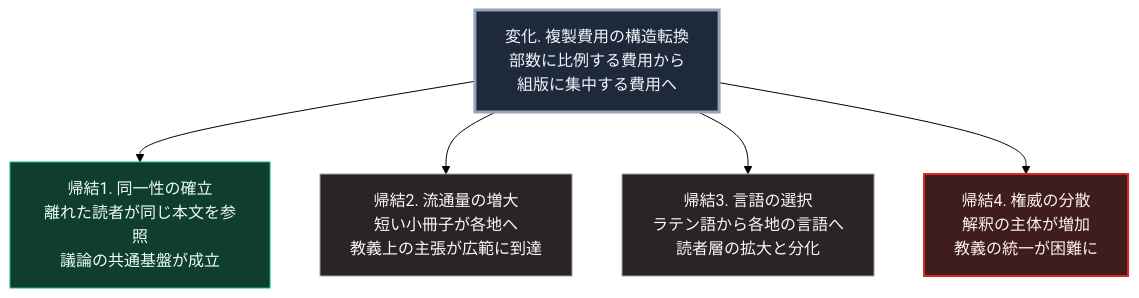
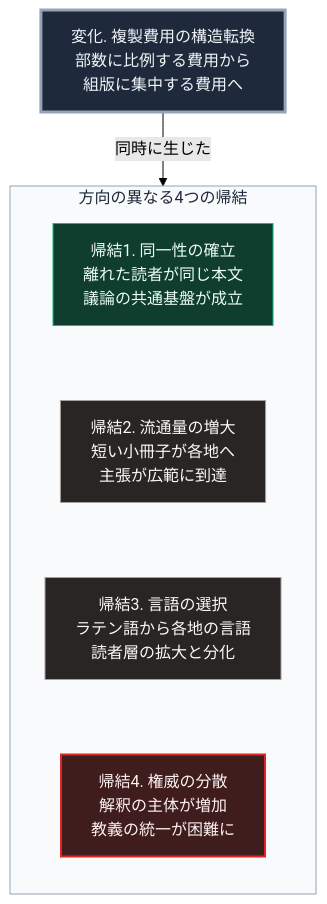
Before and after one commit to Takenori-Kusaka/zenn-content: the diagram in books/sovereign-resilience-blueprint/12_printing-press-religious-reformation.md, drawn with Mermaid (forest theme). The commit also changed other lines of this file and 114 other files, not shown here.

````diff
--- a/books/sovereign-resilience-blueprint/12_printing-press-religious-reformation.md
+++ b/books/sovereign-resilience-blueprint/12_printing-press-religious-reformation.md
@@ -63,14 +63,18 @@
 ```mermaid
 flowchart TD
     A[変化. 複製費用の構造転換<br>部数に比例する費用から<br>組版に集中する費用へ]
-    A --> B[帰結1. 同一性の確立<br>離れた読者が同じ本文を参照<br>議論の共通基盤が成立]
-    A --> C[帰結2. 流通量の増大<br>短い小冊子が各地へ<br>教義上の主張が広範に到達]
-    A --> D[帰結3. 言語の選択<br>ラテン語から各地の言語へ<br>読者層の拡大と分化]
-    A --> E[帰結4. 権威の分散<br>解釈の主体が増加<br>教義の統一が困難に]
+    A -->|同時に生じた| G
+    subgraph G[方向の異なる4つの帰結]
+        direction TB
+        B[帰結1. 同一性の確立<br>離れた読者が同じ本文<br>議論の共通基盤が成立] ~~~ C[帰結2. 流通量の増大<br>短い小冊子が各地へ<br>主張が広範に到達]
+        C ~~~ D[帰結3. 言語の選択<br>ラテン語から各地の言語<br>読者層の拡大と分化]
+        D ~~~ E[帰結4. 権威の分散<br>解釈の主体が増加<br>教義の統一が困難に]
+    end
 
     style A fill:#1e293b,stroke:#94a3b8,stroke-width:3px,color:#f1f5f9
+    style G fill:#f8fafc,stroke:#94a3b8,color:#1e293b
     style B fill:#0f3d2e,stroke:#10b981,color:#ecfdf5
     style C fill:#292524,stroke:#a8a29e,color:#fafaf9
     style D fill:#292524,stroke:#a8a29e,color:#fafaf9
     style E fill:#3f1d1d,stroke:#dc2626,stroke-width:2px,color:#fef2f2
 ```
````
